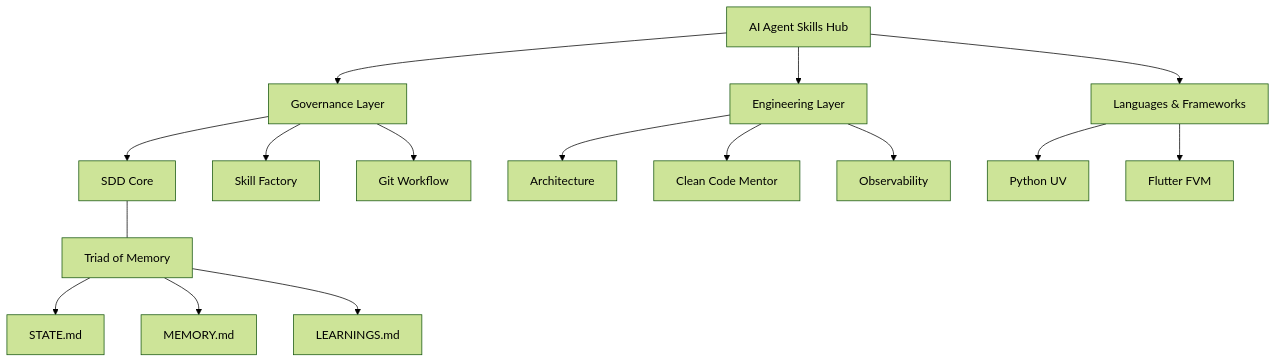
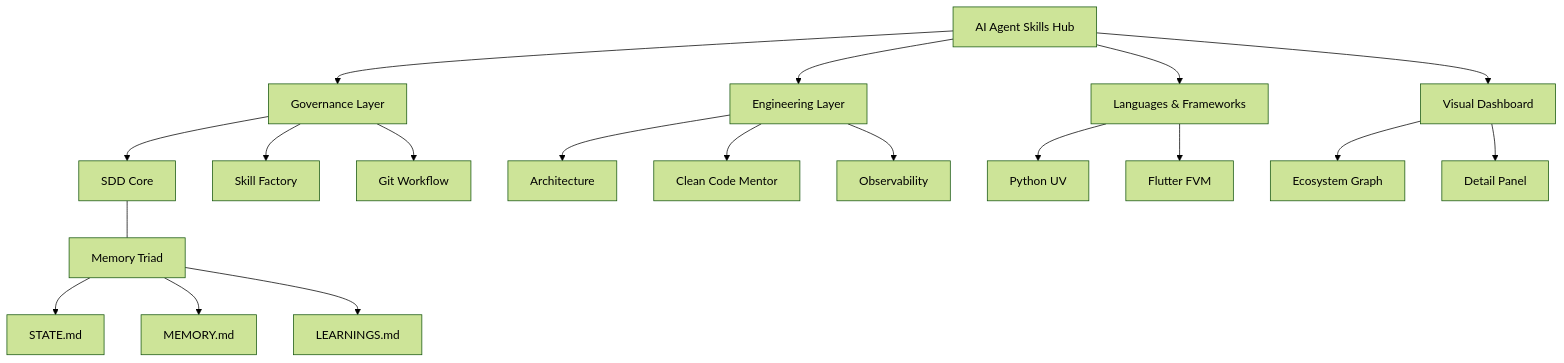
The diagram in README.md (KlebersonCollab/skills), drawn with Mermaid (forest theme) before and after one commit. The commit also changed other lines of this file and 1 other file, not shown here.

Commit message:
feat: upgrade to v6.1.0 and integrate a visual dashboard with documentation for interactive skill auditing

````diff
--- a/README.md
+++ b/README.md
@@ -70,22 +83,26 @@
 ```mermaid
 graph TD
     Hub[AI Agent Skills Hub] --> Governance[Governance Layer]
     Hub --> Engineering[Engineering Layer]
     Hub --> Lang[Languages & Frameworks]
+    Hub --> UI[Visual Dashboard]
     
     Governance --> SDD[SDD Core]
     Governance --> SF[Skill Factory]
     Governance --> GW[Git Workflow]
     
     Engineering --> Arch[Architecture]
     Engineering --> CCM[Clean Code Mentor]
     Engineering --> OBS[Observability]
     
     Lang --> UV[Python UV]
     Lang --> Flutter[Flutter FVM]
     
-    SDD --- Triad[Triad of Memory]
+    UI --> Graph[Ecosystem Graph]
+    UI --> Detail[Detail Panel]
+    
+    SDD --- Triad[Memory Triad]
     Triad --> State[STATE.md]
     Triad --> Memory[MEMORY.md]
     Triad --> Learn[LEARNINGS.md]
 ```
````
